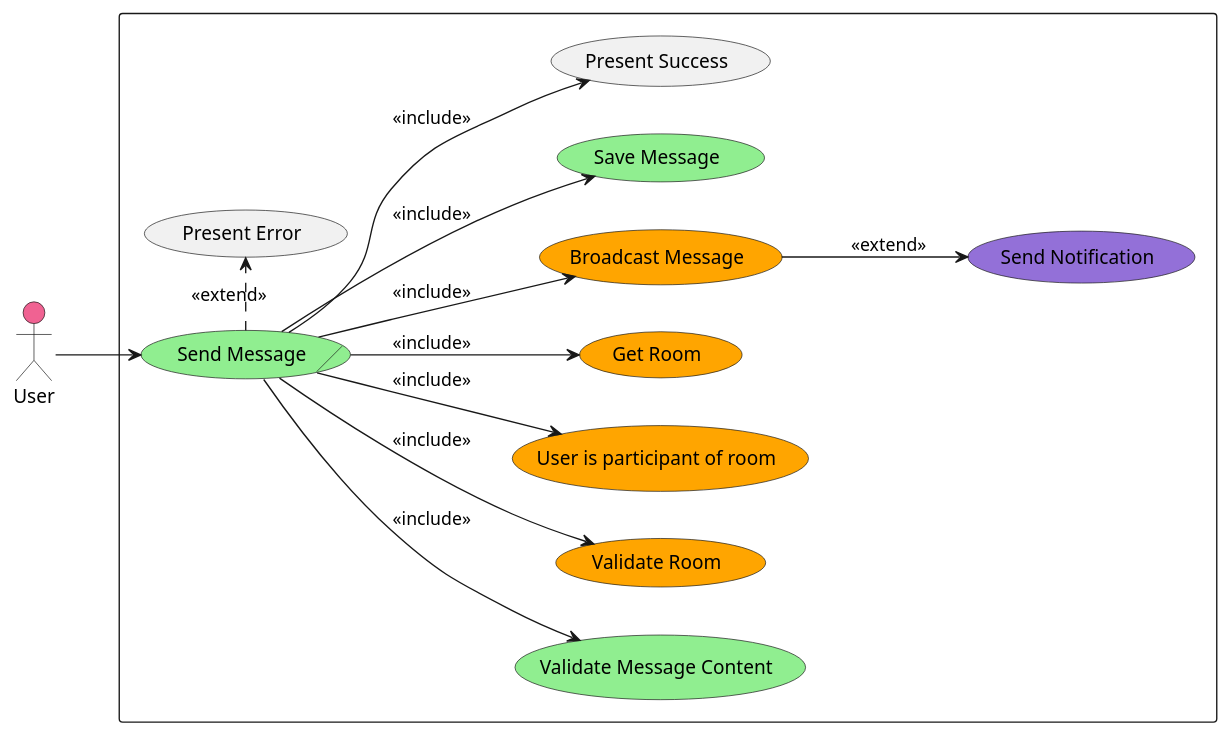
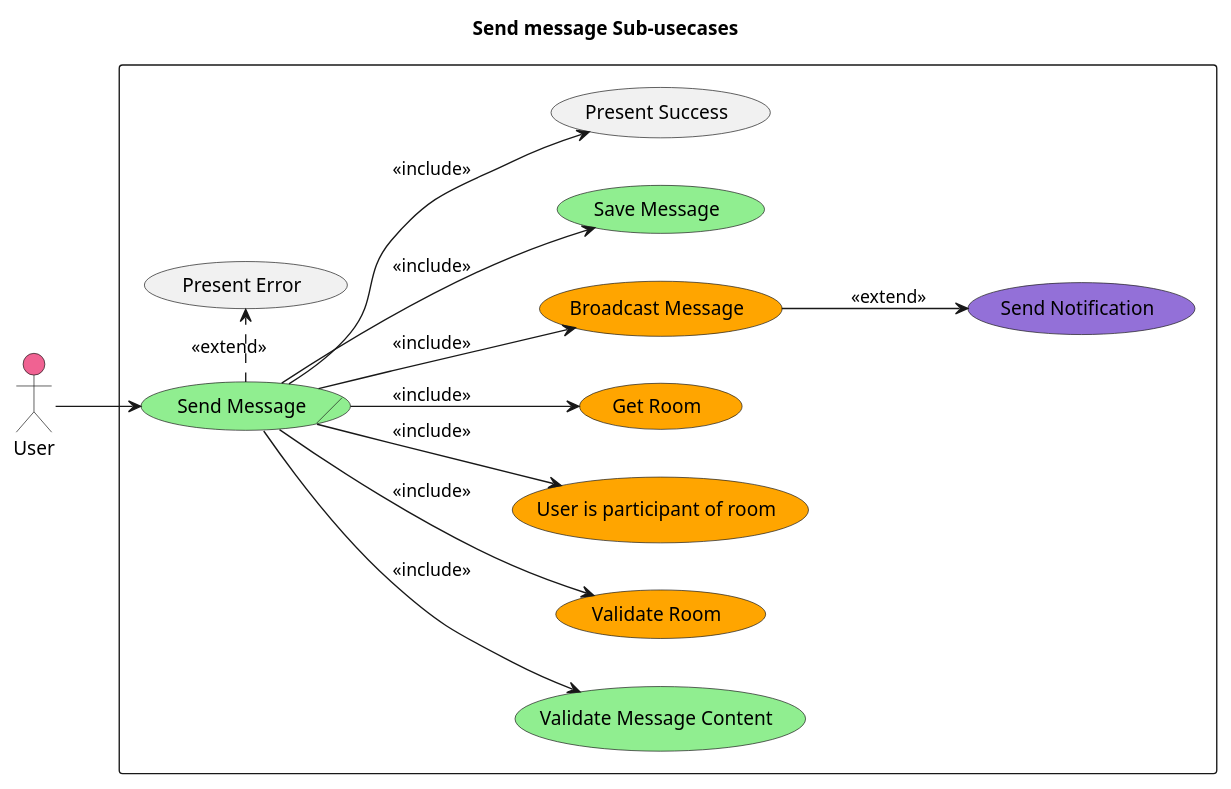
Before and after one commit to moez-sadok/chat-clean-architecture: the diagram in docs/features/send-message/send-message-sub-usecases.wsd, drawn with PlantUML. The commit also changed 5 other files, not shown here.

Commit message:
Add deployment diagram

```diff
--- a/docs/features/send-message/send-message-sub-usecases.wsd
+++ b/docs/features/send-message/send-message-sub-usecases.wsd
@@ -1,30 +1,31 @@
 @startuml
 left to right direction
+title Send message Sub-usecases
 ' Use Case Diagram for Send Message Feature
 
 actor User #F06292
 rectangle  {
     usecase/ "Send Message" as UC_SendMessage #LightGreen
     usecase "Validate Message Content" as UC_ValidateContent #LightGreen
     usecase "Validate Room" as UC_ValidateRoom #Orange
     usecase "User is participant of room" as UC_ValidateUser #Orange
     usecase "Get Room" as UC_GetRoom #Orange
     usecase "Broadcast Message" as UC_BroadcastMessage #Orange
     usecase "Send Notification" as UC_SendNotification #MediumPurple
     usecase "Save Message" as UC_SaveMessage #LightGreen
     usecase "Present Success" as UC_PresentSuccess
     usecase "Present Error" as UC_PresentError
 }
 
 User --> UC_SendMessage
 UC_SendMessage --> UC_ValidateContent : <<include>>
 UC_SendMessage --> UC_ValidateRoom : <<include>>
 UC_SendMessage --> UC_ValidateUser : <<include>>
 UC_SendMessage --> UC_GetRoom : <<include>>
 UC_SendMessage --> UC_BroadcastMessage : <<include>>
 UC_BroadcastMessage --> UC_SendNotification : <<extend>>
 UC_SendMessage --> UC_SaveMessage : <<include>>
 UC_SendMessage --> UC_PresentSuccess : <<include>>
 UC_SendMessage .> UC_PresentError : <<extend>>
 
 @enduml
```
